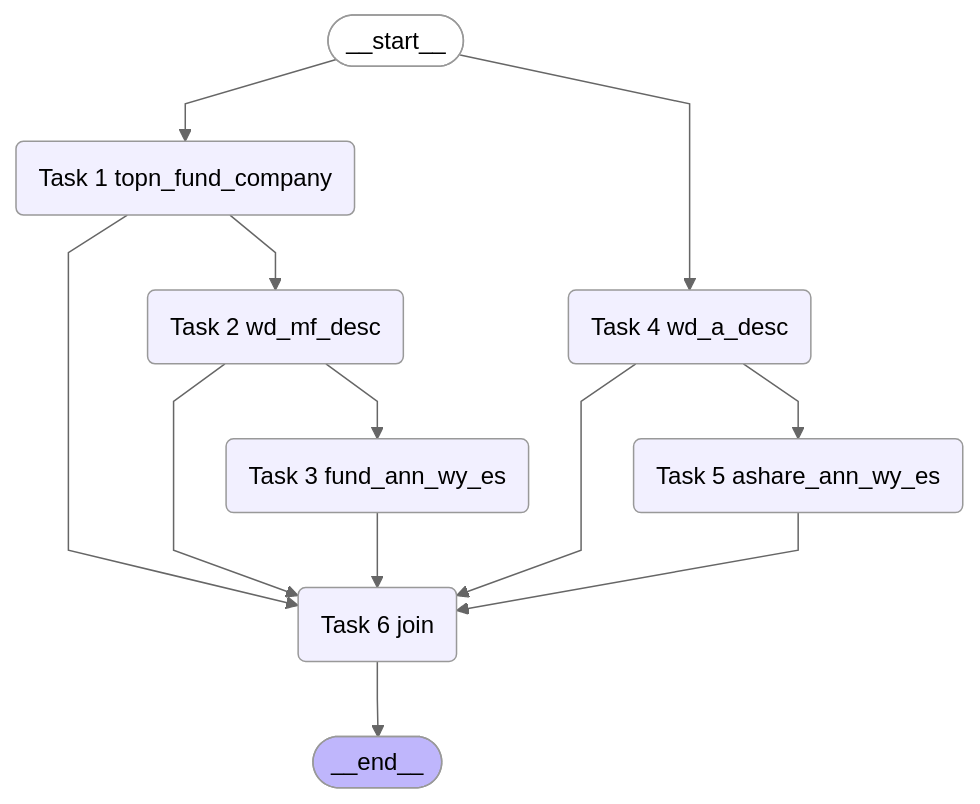
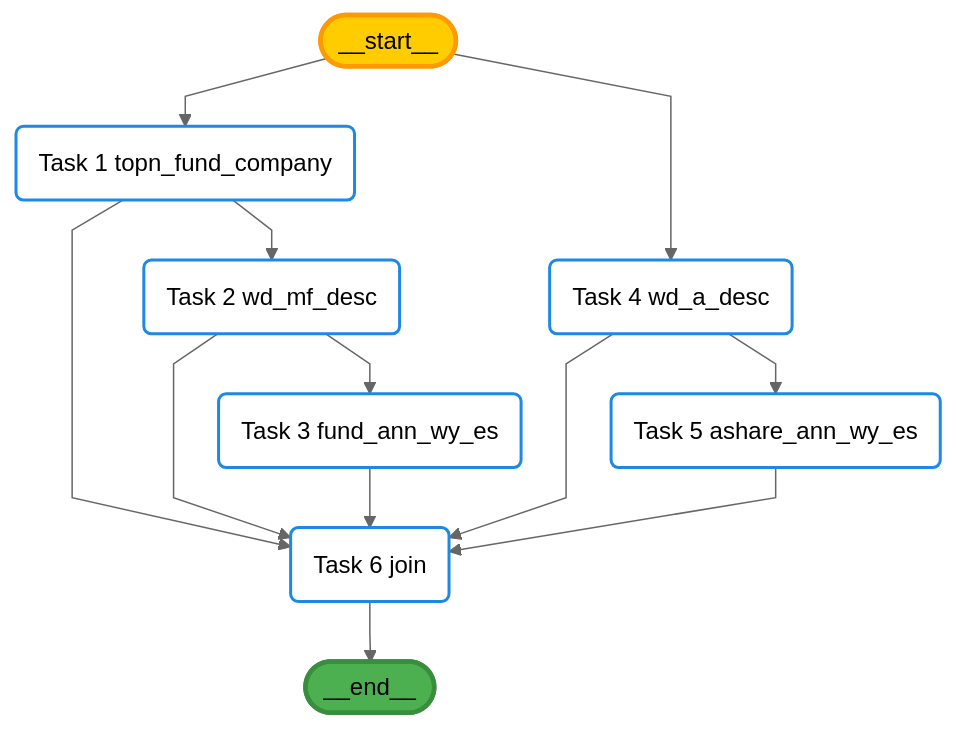
One commit to crazyyanchao/blog changed the first of 3 diagrams in _posts/2024-11-11-LLMCompiler应用案例.md. Above: the diagram before and after it, drawn with Mermaid (neutral theme). The commit also changed other lines of this file, not shown here.

````diff
--- a/_posts/2024-11-11-LLMCompiler应用案例.md
+++ b/_posts/2024-11-11-LLMCompiler应用案例.md
@@ -34,26 +34,29 @@
 ```mermaid
-%%{init: {'flowchart': {'curve': 'linear'}}}%%
+%%{init: {'flowchart': {'curve': 'linear', 'nodeSpacing': 40, 'rankSpacing': 40}}}%%
 graph TD;
-	__start__([__start__]):::first
-	__end__([__end__]):::last
-	1(Task 1 topn_fund_company)
-	2(Task 2 wd_mf_desc)
-	3(Task 3 fund_ann_wy_es)
-	4(Task 4 wd_a_desc)
-	5(Task 5 ashare_ann_wy_es)
-	6(Task 6 join)
-	1 --> 2;
-	2 --> 3;
-	4 --> 5;
-	1 --> 6;
-	2 --> 6;
-	3 --> 6;
-	4 --> 6;
-	5 --> 6;
-	__start__ --> 1;
-	__start__ --> 4;
-	6 --> __end__;
-	classDef default fill:#f2f0ff,line-height:1.2
-	classDef first fill-opacity:0
-	classDef last fill:#bfb6fc
+    __start__([__start__]):::first
+    __end__([__end__]):::last
+    1(Task 1 topn_fund_company):::task
+    2(Task 2 wd_mf_desc):::task
+    3(Task 3 fund_ann_wy_es):::task
+    4(Task 4 wd_a_desc):::task
+    5(Task 5 ashare_ann_wy_es):::task
+    6(Task 6 join):::task
+
+    1 --> 2;
+    2 --> 3;
+    4 --> 5;
+    1 --> 6;
+    2 --> 6;
+    3 --> 6;
+    4 --> 6;
+    5 --> 6;
+    __start__ --> 1;
+    __start__ --> 4;
+    6 --> __end__;
+
+    classDef default fill:#f5f5f5,stroke:#bbbbbb,stroke-width:2px,line-height:1.2;
+    classDef first fill:#ffcc00,stroke:#ff9900,stroke-width:3px,border-radius:10px;
+    classDef last fill:#4CAF50,stroke:#388E3C,stroke-width:3px,border-radius:10px;
+    classDef task fill:#ffffff,stroke:#1e88e5,stroke-width:2px,border-radius:5px;
 ```
````
